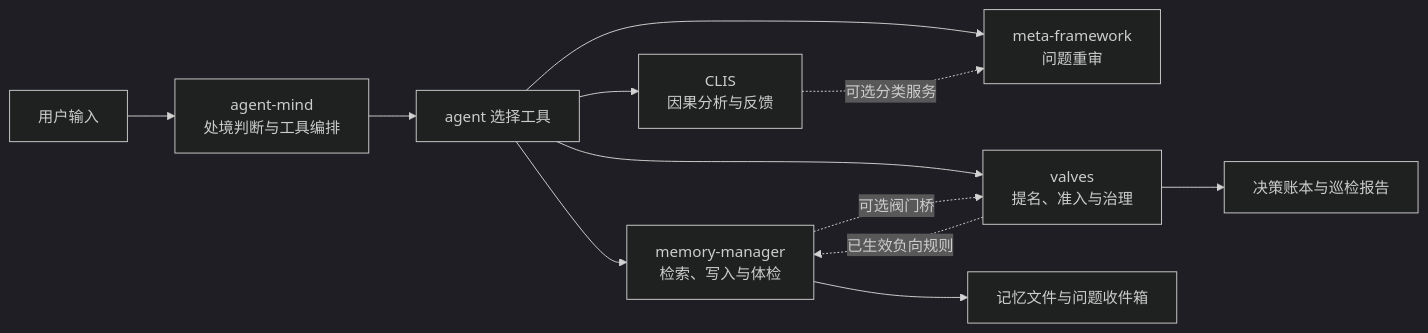
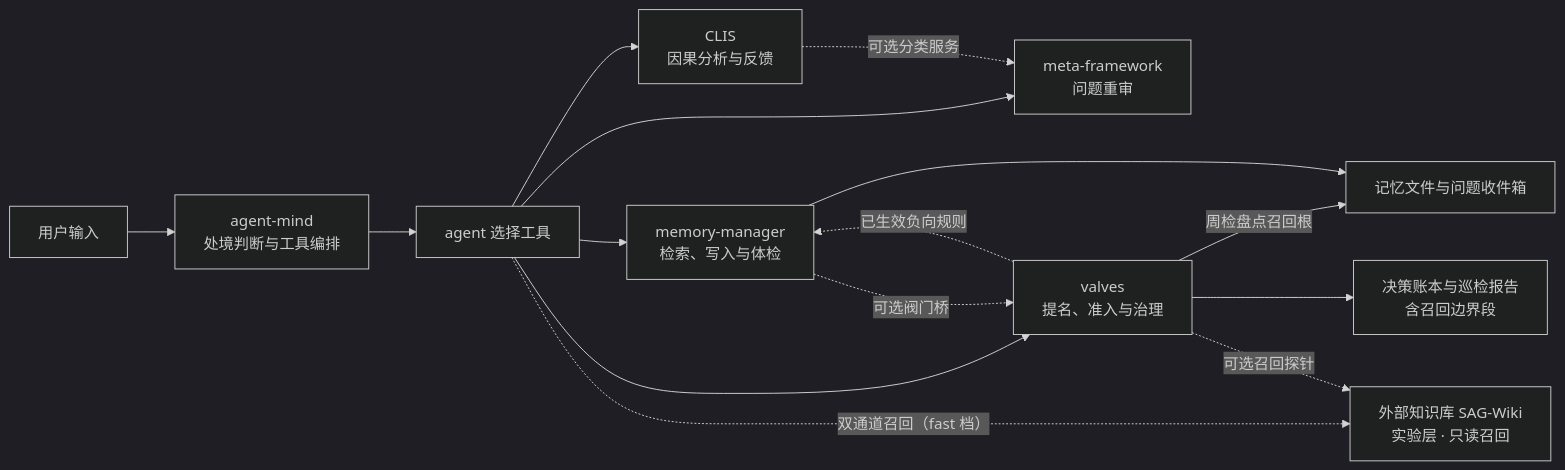
Before and after one commit to Chandlersn/dsh-mind-system: the diagram in README.md, drawn with Mermaid (dark theme). The commit also changed other lines of this file and 83 other files, not shown here.

````diff
--- a/README.md
+++ b/README.md
@@ -21,14 +21,18 @@
 ```mermaid
 flowchart LR
     U[用户输入] --> M[agent-mind<br/>处境判断与工具编排]
     M --> A[agent 选择工具]
     A --> C[CLIS<br/>因果分析与反馈]
     A --> F[meta-framework<br/>问题重审]
     A --> R[memory-manager<br/>检索、写入与体检]
     A --> V[valves<br/>提名、准入与治理]
+    A -. 双通道召回（fast 档） .-> K
     C -. 可选分类服务 .-> F
     R -. 可选阀门桥 .-> V
     V -. 已生效负向规则 .-> R
+    V -->|周检盘点召回根| I
     R --> I[记忆文件与问题收件箱]
-    V --> L[决策账本与巡检报告]
+    V --> L[决策账本与巡检报告<br/>含召回边界段]
+    V -. 可选召回探针 .-> K
+    K[外部知识库 SAG-Wiki<br/>实验层 · 只读召回]
 ```
````
